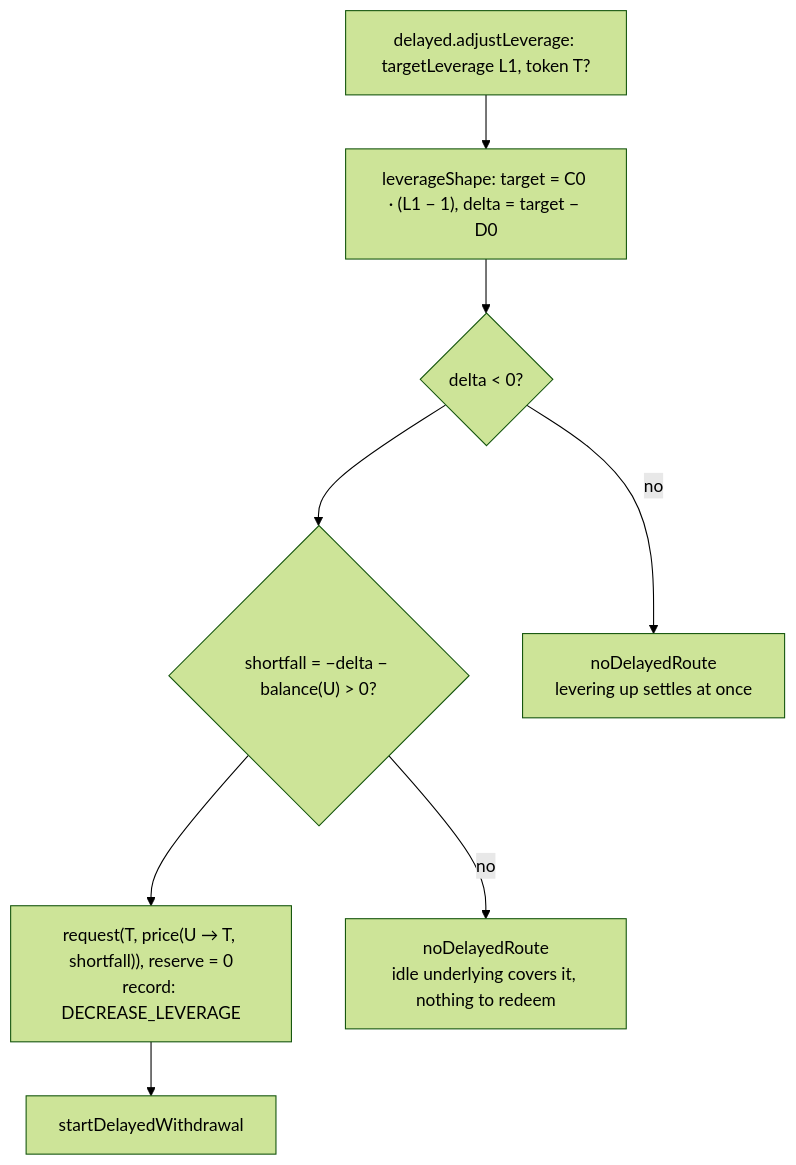
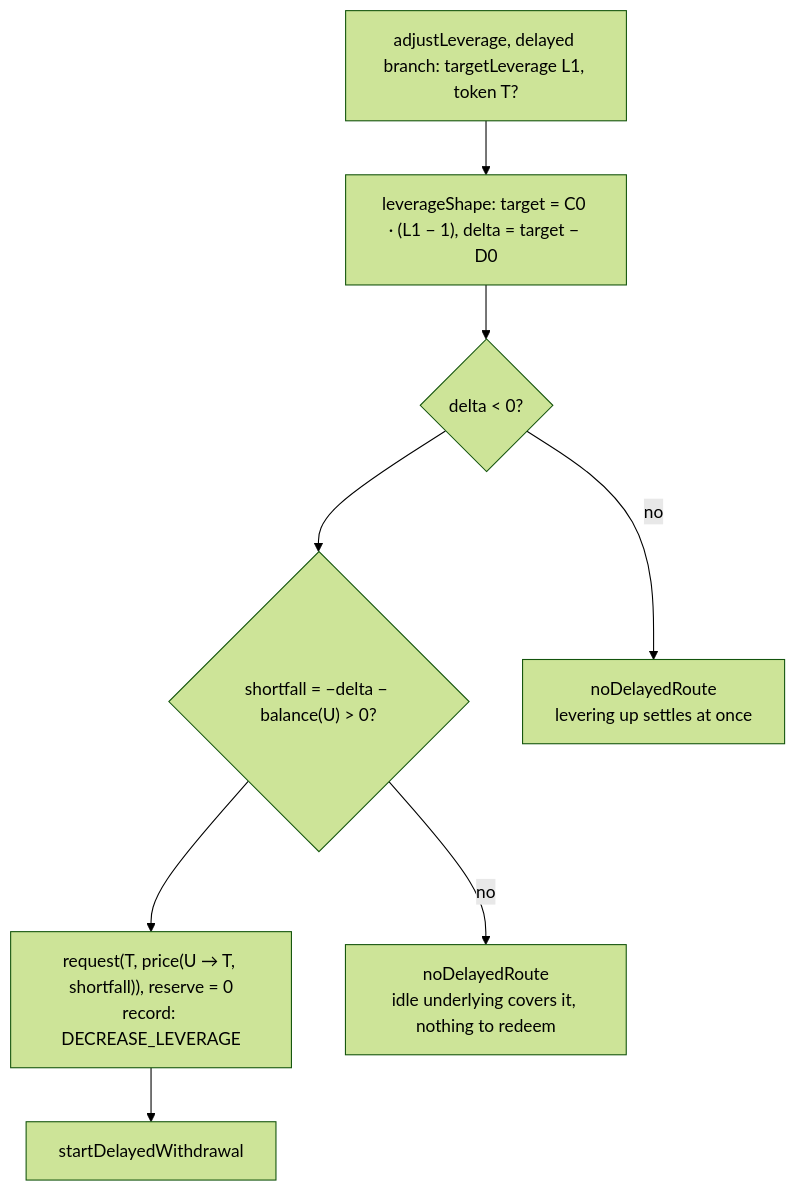
The third of 7 diagrams in docs/intents/delayed.md (Gearbox-protocol/sdk), drawn with Mermaid (forest theme) before and after one commit. The commit also changed other lines of this file and 24 other files, not shown here.

````diff
--- a/docs/intents/delayed.md
+++ b/docs/intents/delayed.md
@@ -79,15 +79,15 @@
 ```mermaid
 flowchart TD
-  in["delayed.adjustLeverage: targetLeverage L1, token T?"]
+  in["adjustLeverage, delayed branch: targetLeverage L1, token T?"]
   shape["leverageShape: target = C0 · (L1 − 1), delta = target − D0"]
   up{"delta < 0?"}
   short{"shortfall = −delta − balance(U) > 0?"}
   r["request(T, price(U → T, shortfall)), reserve = 0<br/>record: DECREASE_LEVERAGE"]
   out["startDelayedWithdrawal"]
 
   in --> shape --> up
   up -->|"no"| e1["noDelayedRoute<br/>levering up settles at once"]
   up --> short
   short -->|"no"| e2["noDelayedRoute<br/>idle underlying covers it, nothing to redeem"]
   short --> r --> out
 ```
````
